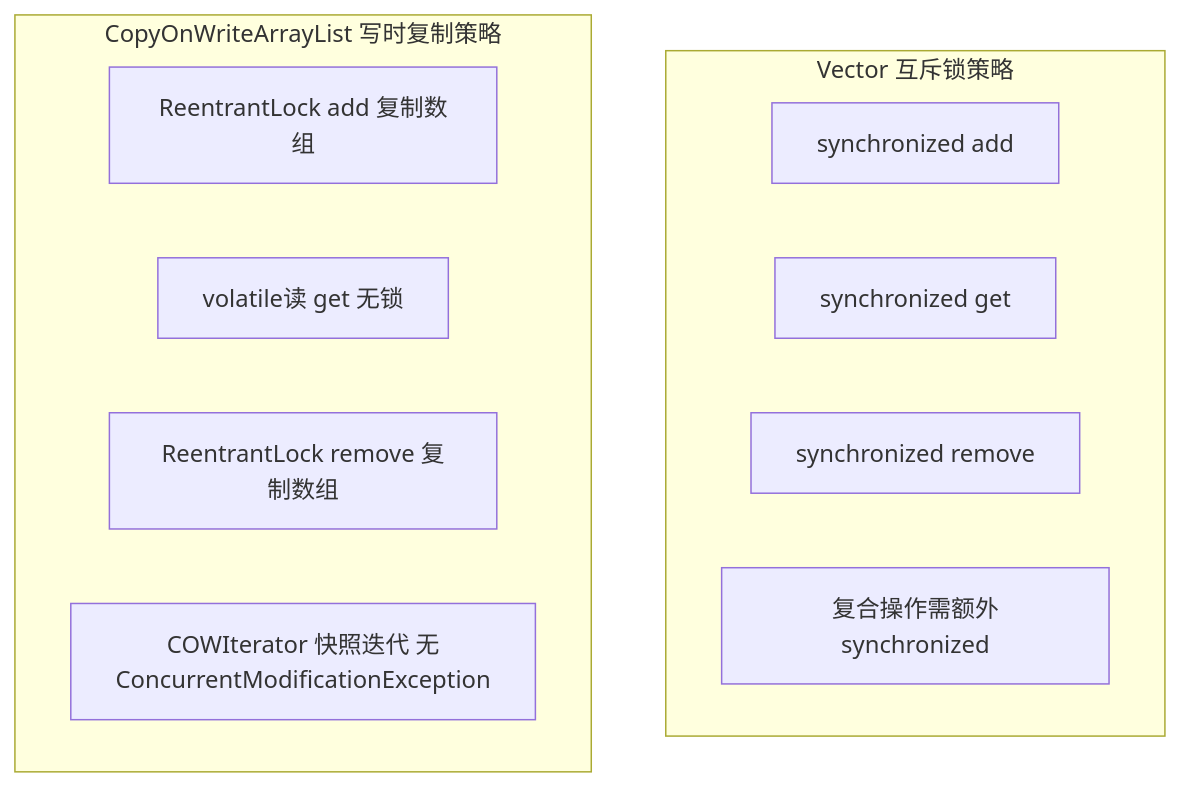
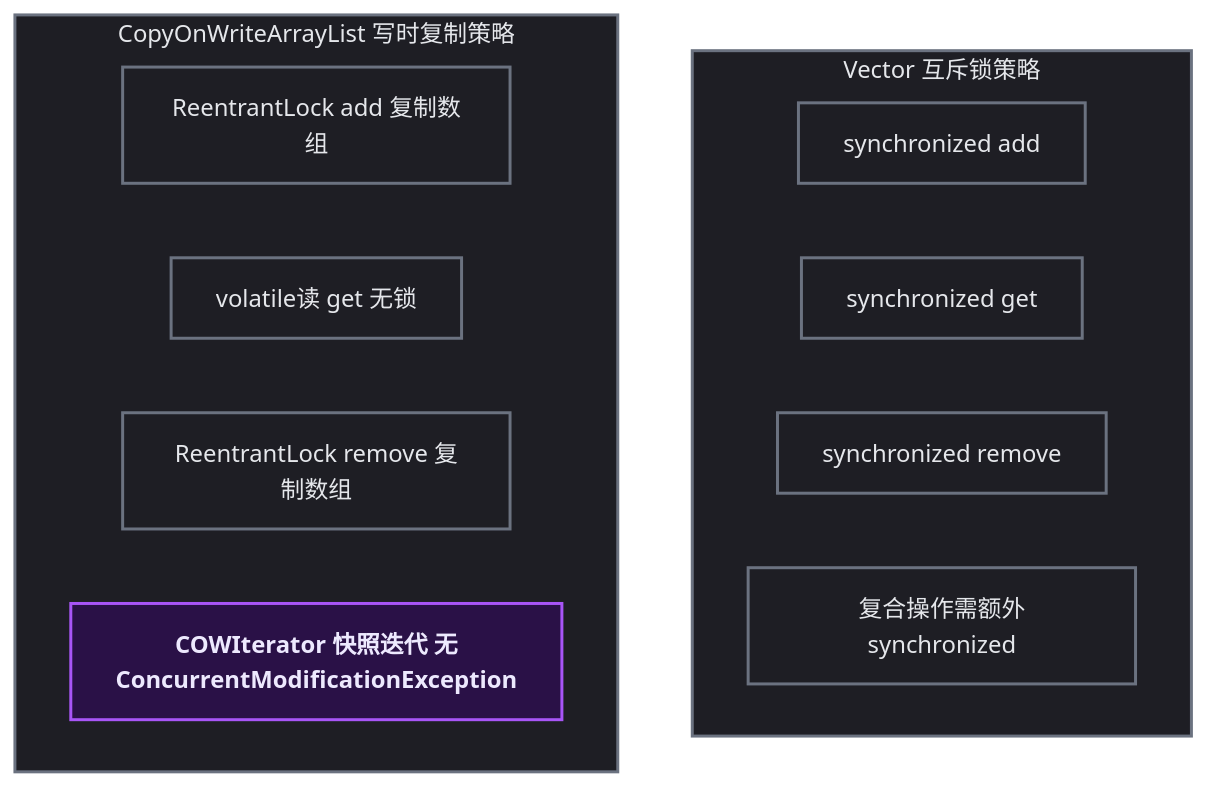
One commit to yaocat55/yaocat55.github.io changed the seventh of 8 diagrams in content/posts/concurrency/CopyOnWriteArrayList.md. Above: the diagram before and after it, drawn with Mermaid. The commit also changed other lines of this file and 155 other files, not shown here.

````diff
--- a/content/posts/concurrency/CopyOnWriteArrayList.md
+++ b/content/posts/concurrency/CopyOnWriteArrayList.md
@@ -451,16 +479,22 @@
 ```mermaid
 flowchart TD
+%% 半暗底色 + 高亮描边：完美适配博客深色/浅色双主题 %%
+classDef process fill:#1e1e24,stroke:#6b7280,stroke-width:2px,color:#e5e7eb;
+classDef condition fill:#2a1147,stroke:#a855f7,stroke-width:2px,color:#ede9fe,font-weight:bold;
     subgraph VEC[Vector 互斥锁策略]
         V1[synchronized add]
         V2[synchronized get]
         V3[synchronized remove]
         V4[复合操作需额外synchronized]
     end
 
     subgraph COW[CopyOnWriteArrayList 写时复制策略]
         C1[ReentrantLock add 复制数组]
         C2[volatile读 get 无锁]
         C3[ReentrantLock remove 复制数组]
         C4[COWIterator 快照迭代 无ConcurrentModificationException]
     end
+
+class C4 condition;
+class C1,C2,C3,COW,V1,V2,V3,V4,VEC process;
 ```
````
